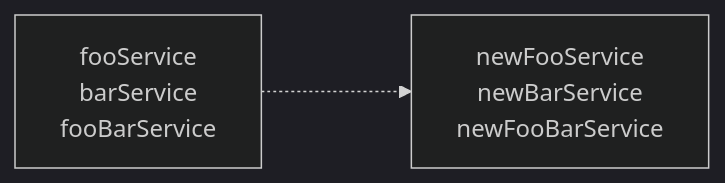
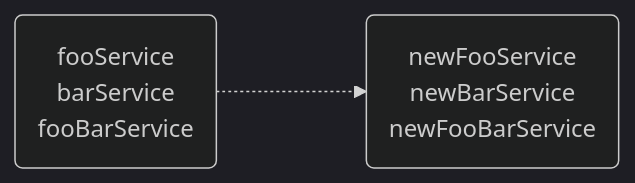
One commit to cwboden/.dotfiles changed the first of 15 diagrams in docs/_posts/2023-05-03-api-design.md. Above: the diagram before and after it, drawn with Mermaid (dark theme). The commit also changed other lines of this file, not shown here.

```diff
--- a/docs/_posts/2023-05-03-api-design.md
+++ b/docs/_posts/2023-05-03-api-design.md
@@ -85,6 +85,6 @@
 {% mermaid %}
 flowchart LR
-    M[fooService<br>barService<br>fooBarService]
-    NM[newFooService<br>newBarService<br>newFooBarService]
+    M(fooService<br>barService<br>fooBarService)
+    NM(newFooService<br>newBarService<br>newFooBarService)
     M -..-> NM
 {% endmermaid %}
```
